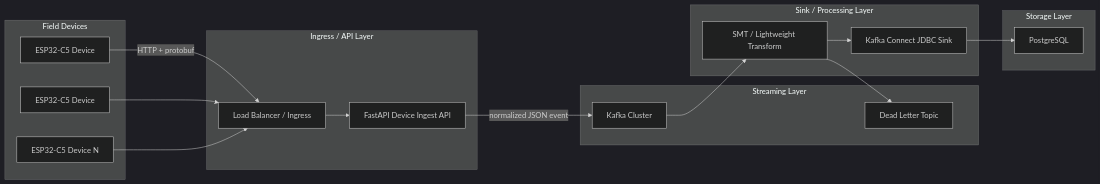
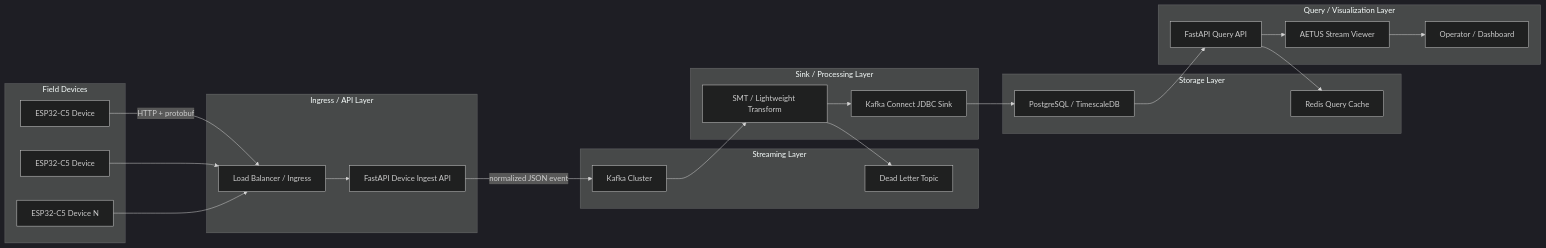
One commit to donghoonpark/aetus changed the first of 5 diagrams in docs/01-overview.md. Above: the diagram before and after it, drawn with Mermaid (dark theme). The commit also changed other lines of this file, not shown here.

Commit message:
Update overview with query data stream

````diff
--- a/docs/01-overview.md
+++ b/docs/01-overview.md
@@ -30,37 +37,48 @@
 ```mermaid
 flowchart LR
     subgraph Devices["Field Devices"]
         D1["ESP32-C5 Device"]
         D2["ESP32-C5 Device"]
         DN["ESP32-C5 Device N"]
     end
 
     subgraph Edge["Ingress / API Layer"]
         LB["Load Balancer / Ingress"]
         API["FastAPI Device Ingest API"]
     end
 
     subgraph Stream["Streaming Layer"]
         KAFKA["Kafka Cluster"]
         DLQ["Dead Letter Topic"]
     end
 
     subgraph Processing["Sink / Processing Layer"]
         CONNECT["Kafka Connect JDBC Sink"]
         SMT["SMT / Lightweight Transform"]
     end
 
     subgraph Data["Storage Layer"]
-        PG["PostgreSQL"]
+        PG["PostgreSQL / TimescaleDB"]
+        REDIS["Redis Query Cache"]
+    end
+
+    subgraph QueryLayer["Query / Visualization Layer"]
+        QUERY["FastAPI Query API"]
+        FE["AETUS Stream Viewer"]
+        OP["Operator / Dashboard"]
     end
 
     D1 -->|"HTTP + protobuf"| LB
     D2 --> LB
     DN --> LB
     LB --> API
     API -->|"normalized JSON event"| KAFKA
     KAFKA --> SMT
     SMT --> CONNECT
     CONNECT --> PG
     SMT --> DLQ
+    PG --> QUERY
+    QUERY --> REDIS
+    QUERY --> FE
+    FE --> OP
 ```
````
